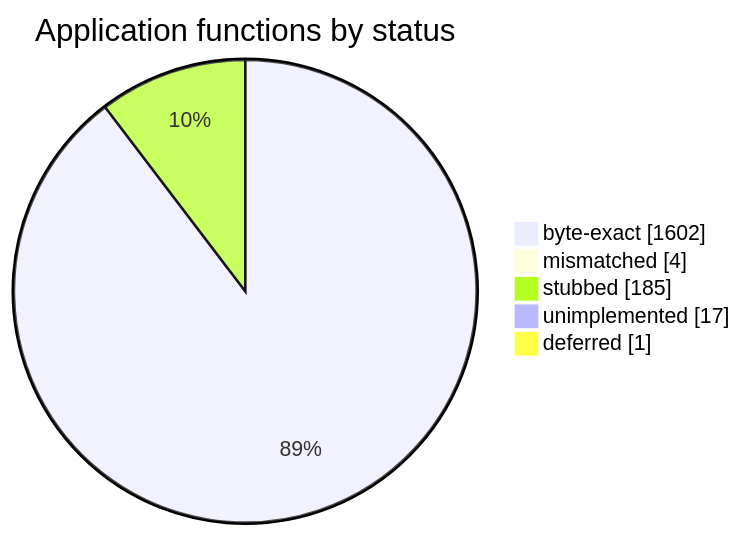
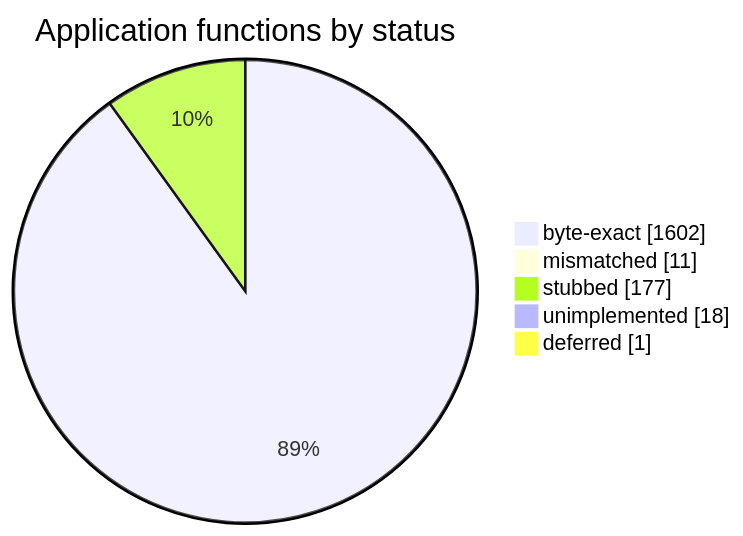
The diagram in README.md (sorokya/eos), drawn with Mermaid before and after one commit. The commit also changed other lines of this file and 2 other files, not shown here.

````diff
--- a/README.md
+++ b/README.md
@@ -152,9 +152,9 @@
 ```mermaid
 pie showData
     title Application functions by status
     "byte-exact" : 1602
-    "mismatched" : 4
-    "stubbed" : 185
-    "unimplemented" : 17
+    "mismatched" : 11
+    "stubbed" : 177
+    "unimplemented" : 18
     "deferred" : 1
 ```
````
